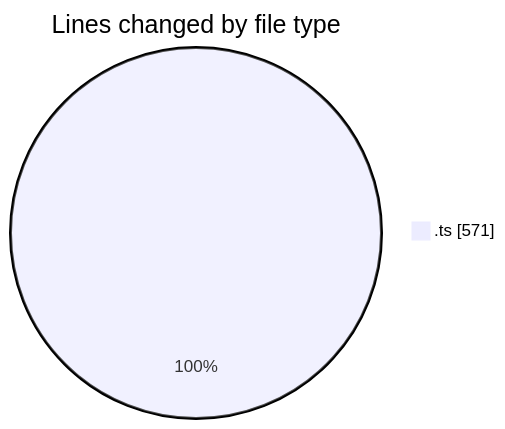
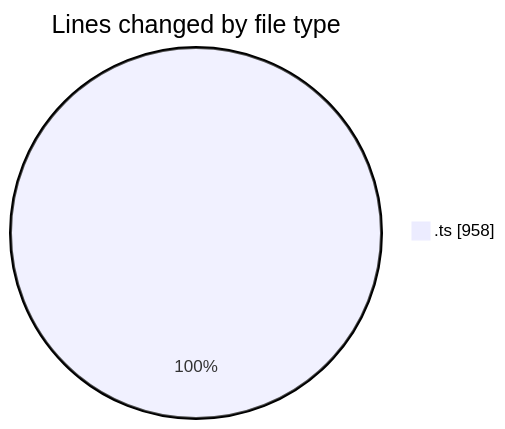
The first of 2 diagrams in 2026-03-12/nxtqube_webapp/README.md (nxtqubesakshisongat/code-tracking), drawn with Mermaid before and after one commit. The commit also changed other lines of this file and 1 other file, not shown here.

````diff
--- a/2026-03-12/nxtqube_webapp/README.md
+++ b/2026-03-12/nxtqube_webapp/README.md
@@ -21,5 +22,5 @@
 ```mermaid
 pie showData
 title Lines changed by file type
-".ts" : 571
+".ts" : 958
 ```
````
